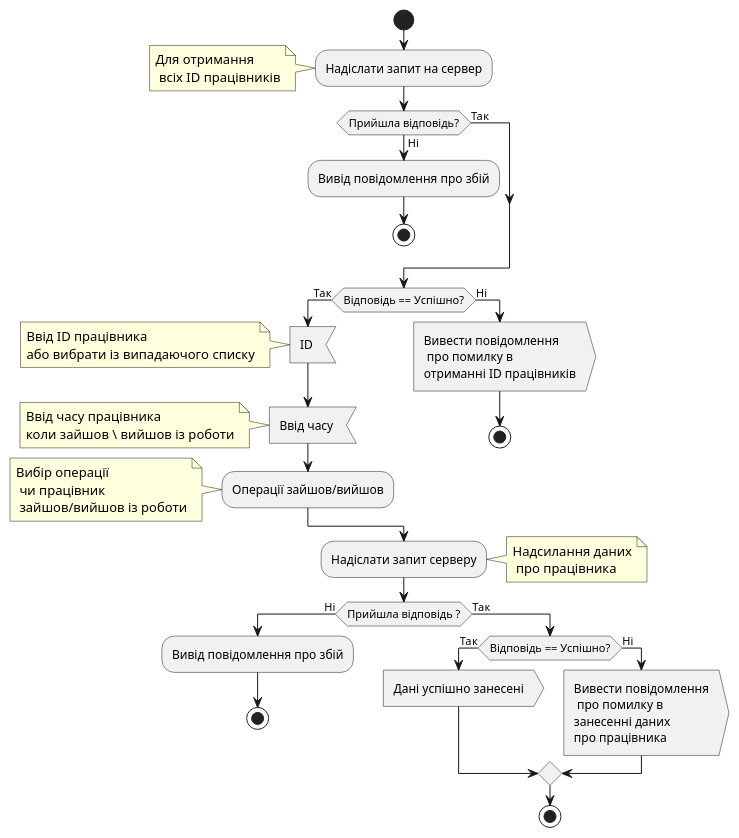
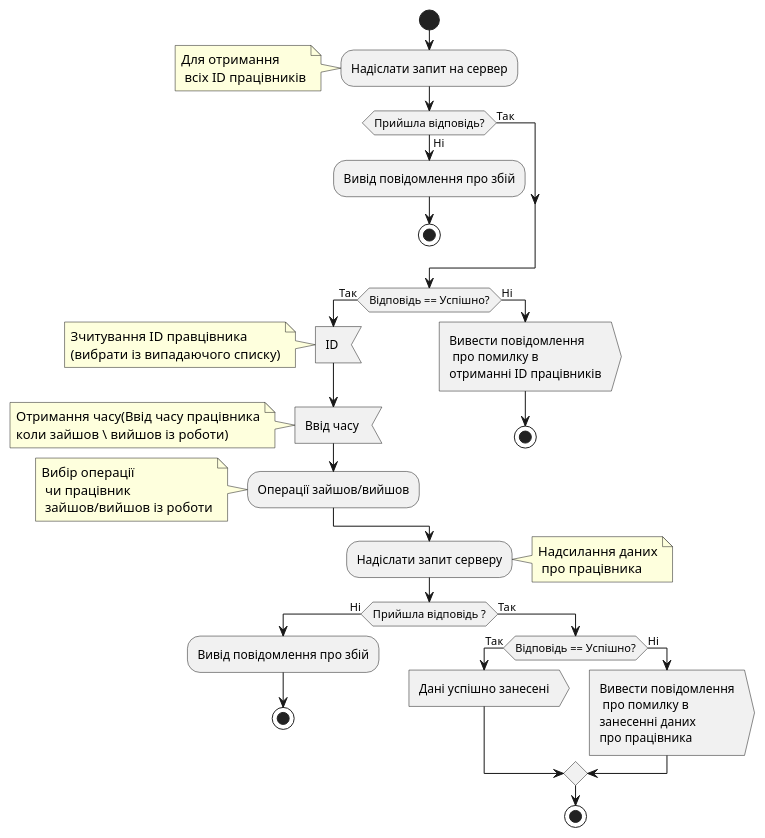
One commit to kzlk/PayrollEmployeeSystem changed the diagram in Labs/Lab#1/Project/UML/RFID_Card_Emulator/attendance.puml. Above: the diagram before and after it, drawn with PlantUML. The commit also changed 112 other files, not shown here.

```diff
--- a/Labs/Lab#1/Project/UML/RFID_Card_Emulator/attendance.puml
+++ b/Labs/Lab#1/Project/UML/RFID_Card_Emulator/attendance.puml
@@ -1,35 +1,35 @@
 @startuml
 start 
     :Надіслати запит на сервер;
       note left: Для отримання\n всіх ID працівників
     if(Прийшла відповідь?) then (Ні)
      :Вивід повідомлення про збій;
     stop
     else (Так)   
     endif   
         if(Відповідь == Успішно?) then (Так)
         :ID <
-         note left: Ввід ID працівника\nабо вибрати із випадаючого списку
+         note left: Зчитування ID правцівника\n(вибрати із випадаючого списку)
         
     :Ввід часу < 
-    note left: Ввід часу працівника\nколи зайшов \ вийшов із роботи
+    note left: Отримання часу(Ввід часу працівника\nколи зайшов \ вийшов із роботи)
     :Операції зайшов/вийшов;
       note left: Вибір операції\n чи працівник\n зайшов/вийшов із роботи
     else (Ні)
     :Вивести повідомлення\n про помилку в \nотриманні ID працівників> 
     stop
    endif  
     :Надіслати запит серверу;
      note right: Надсилання даних\n про працівника
     if(Прийшла відповідь ?) then (Ні)
     :Вивід повідомлення про збій;
     stop
     else (Так) 
     if(Відповідь == Успішно?) then (Так)
     :Дані успішно занесені>
     else (Ні)
     :Вивести повідомлення\n про помилку в \nзанесенні даних \nпро працівника>
     endif
 
 stop
 @enduml
```
